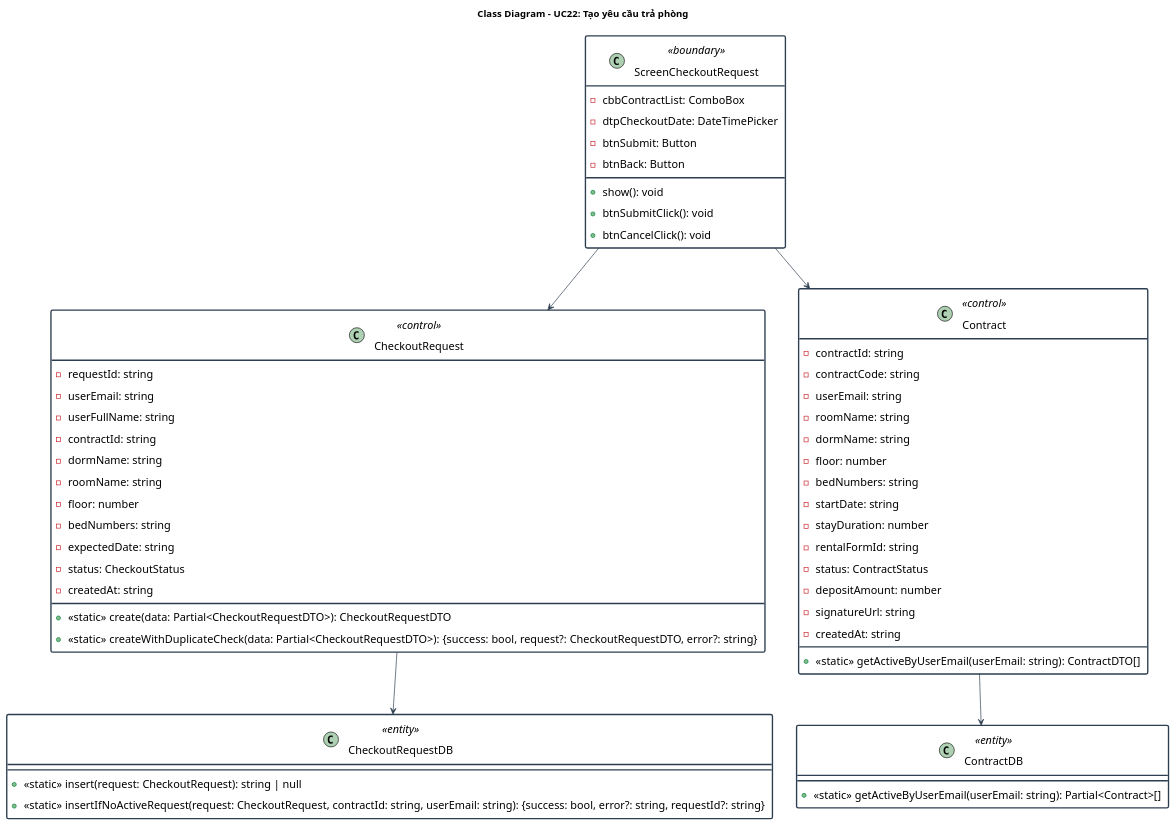
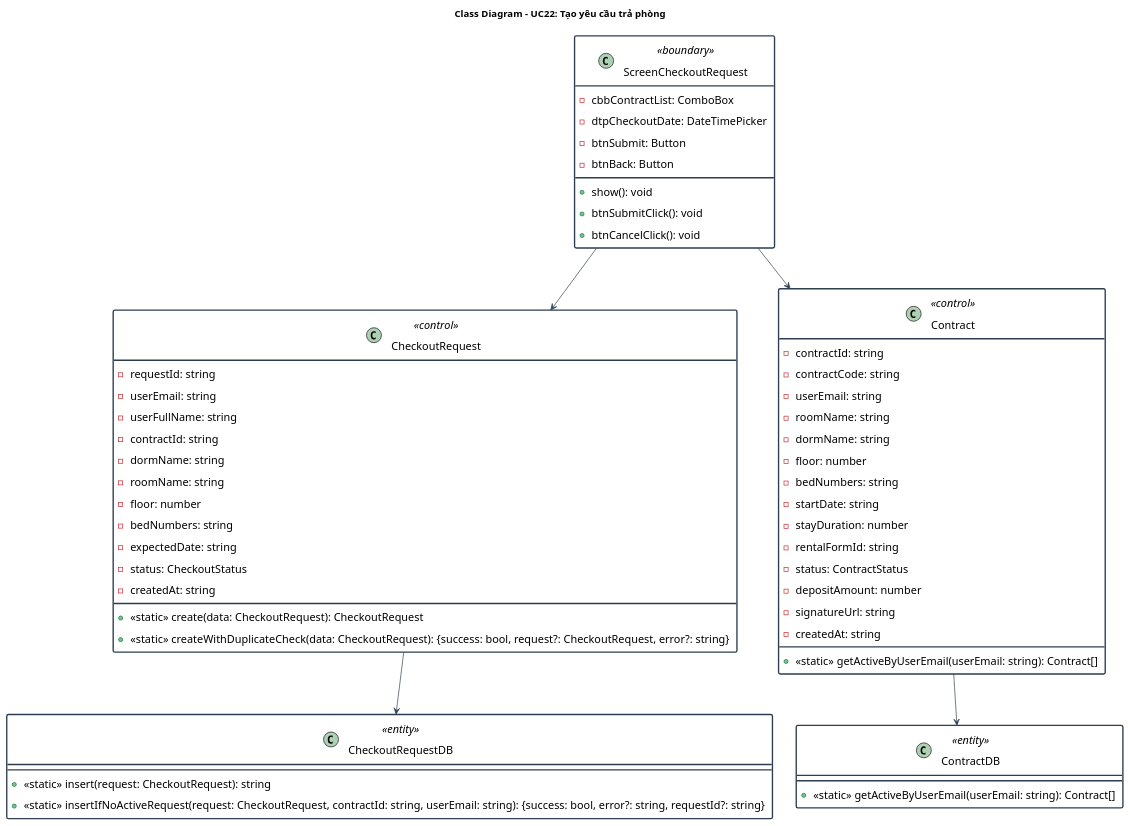
The diagram in doc/system/yeu_cau_tra_phong/YeuCauTraPhong_ClassDiagram.wsd (Gnourt812005/HCMUS-Analyze-and-desgin-IS), drawn with PlantUML before and after one commit. The commit also changed 2 other files, not shown here.

Commit message:
quangdo/diagram: updated some diagrams

```diff
--- a/doc/system/yeu_cau_tra_phong/YeuCauTraPhong_ClassDiagram.wsd
+++ b/doc/system/yeu_cau_tra_phong/YeuCauTraPhong_ClassDiagram.wsd
@@ -1,73 +1,73 @@
 @startuml YeuCauTraPhong_ClassDiagram
 title Class Diagram - UC22: Tạo yêu cầu trả phòng
 
 skinparam {
     ClassBackgroundColor White
     ArrowColor #2D3E50
     ClassBorderColor #2D3E50
     DefaultFontName "Arial"
     DefaultFontSize 16
     ClassBorderThickness 2
     StereotypeFontColor #2D3E50
     Padding 5
 }
 
 class "ScreenCheckoutRequest" as CheckoutRequestScreen <<boundary>> {
   - cbbContractList: ComboBox
   - dtpCheckoutDate: DateTimePicker
   - btnSubmit: Button
   - btnBack: Button
   + show(): void
   + btnSubmitClick(): void
   + btnCancelClick(): void
 }
 
 class "CheckoutRequest" as CheckoutRequest <<control>> {
   - requestId: string
   - userEmail: string
   - userFullName: string
   - contractId: string
   - dormName: string
   - roomName: string
   - floor: number
   - bedNumbers: string
   - expectedDate: string
   - status: CheckoutStatus
   - createdAt: string
-  + <<static>> create(data: Partial<CheckoutRequestDTO>): CheckoutRequestDTO
-  + <<static>> createWithDuplicateCheck(data: Partial<CheckoutRequestDTO>): {success: bool, request?: CheckoutRequestDTO, error?: string}
+  + <<static>> create(data: CheckoutRequest): CheckoutRequest
+  + <<static>> createWithDuplicateCheck(data: CheckoutRequest): {success: bool, request?: CheckoutRequest, error?: string}
 }
 
 class "CheckoutRequestDB" as CheckoutRequestDB <<entity>> {
-  + <<static>> insert(request: CheckoutRequest): string | null
+  + <<static>> insert(request: CheckoutRequest): string
   + <<static>> insertIfNoActiveRequest(request: CheckoutRequest, contractId: string, userEmail: string): {success: bool, error?: string, requestId?: string}
 }
 
 class "Contract" as Contract <<control>> {
   - contractId: string
   - contractCode: string
   - userEmail: string
   - roomName: string
   - dormName: string
   - floor: number
   - bedNumbers: string
   - startDate: string
   - stayDuration: number
   - rentalFormId: string
   - status: ContractStatus
   - depositAmount: number
   - signatureUrl: string
   - createdAt: string
-  + <<static>> getActiveByUserEmail(userEmail: string): ContractDTO[]
+  + <<static>> getActiveByUserEmail(userEmail: string): Contract[]
 }
 
 class "ContractDB" as ContractDB <<entity>> {
-  + <<static>> getActiveByUserEmail(userEmail: string): Partial<Contract>[]
+  + <<static>> getActiveByUserEmail(userEmail: string): Contract[]
 }
 
 CheckoutRequestScreen --> CheckoutRequest
 CheckoutRequest --> CheckoutRequestDB
 CheckoutRequestScreen --> Contract
 Contract --> ContractDB
 
 @enduml
```
